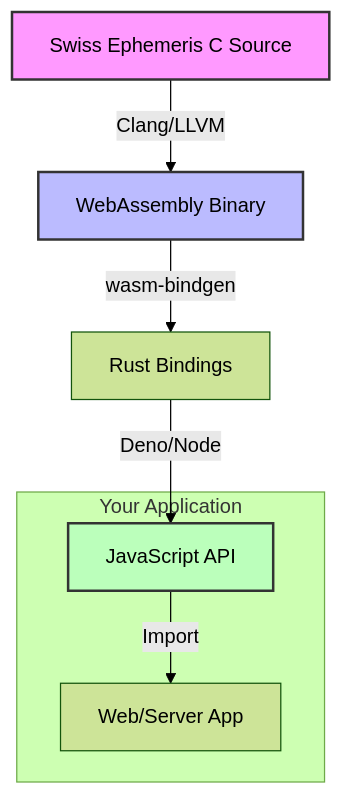
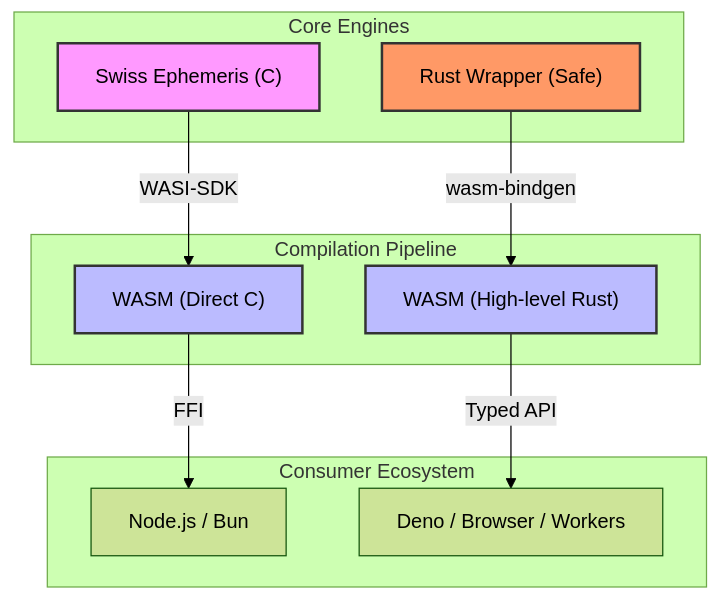
One commit to fusionstrings/swiss-eph changed the diagram in README.md. Above: the diagram before and after it, drawn with Mermaid (forest theme). The commit also changed other lines of this file and 45 other files, not shown here.

````diff
--- a/README.md
+++ b/README.md
@@ -41,14 +31,22 @@
 ```mermaid
-graph TD
-    C[Swiss Ephemeris C Source] -->|Clang/LLVM| WASM[WebAssembly Binary]
-    WASM -->|wasm-bindgen| Rust[Rust Bindings]
-    Rust -->|Deno/Node| JS[JavaScript API]
-    
-    subgraph "Your Application"
-        JS -->|Import| App[Web/Server App]
+flowchart TD
+    subgraph "Core Engines"
+        C["Swiss Ephemeris (C)"]
+        R["Rust Wrapper (Safe)"]
     end
-    
+
+    subgraph "Compilation Pipeline"
+        C -->|WASI-SDK| WASI["WASM (Direct C)"]
+        R -->|wasm-bindgen| WB["WASM (High-level Rust)"]
+    end
+
+    subgraph "Consumer Ecosystem"
+        WASI -->|FFI| Node["Node.js / Bun"]
+        WB -->|Typed API| Deno["Deno / Browser / Workers"]
+    end
+
     style C fill:#f9f,stroke:#333,stroke-width:2px
-    style WASM fill:#bbf,stroke:#333,stroke-width:2px
-    style JS fill:#bfb,stroke:#333,stroke-width:2px
+    style R fill:#f96,stroke:#333,stroke-width:2px
+    style WASI fill:#bbf,stroke:#333,stroke-width:2px
+    style WB fill:#bbf,stroke:#333,stroke-width:2px
 ```
````
